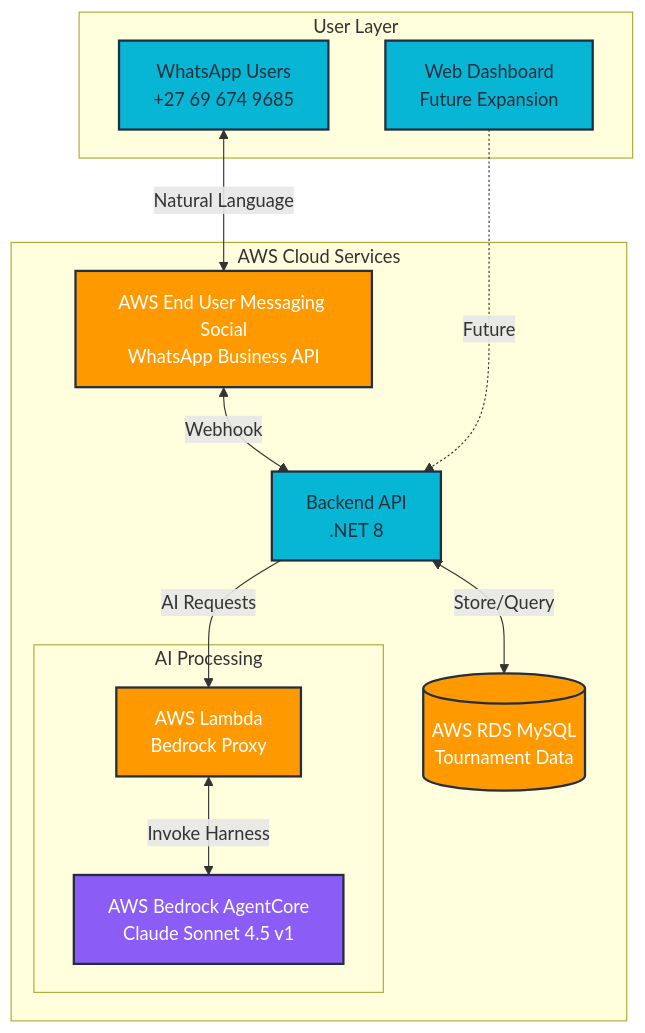
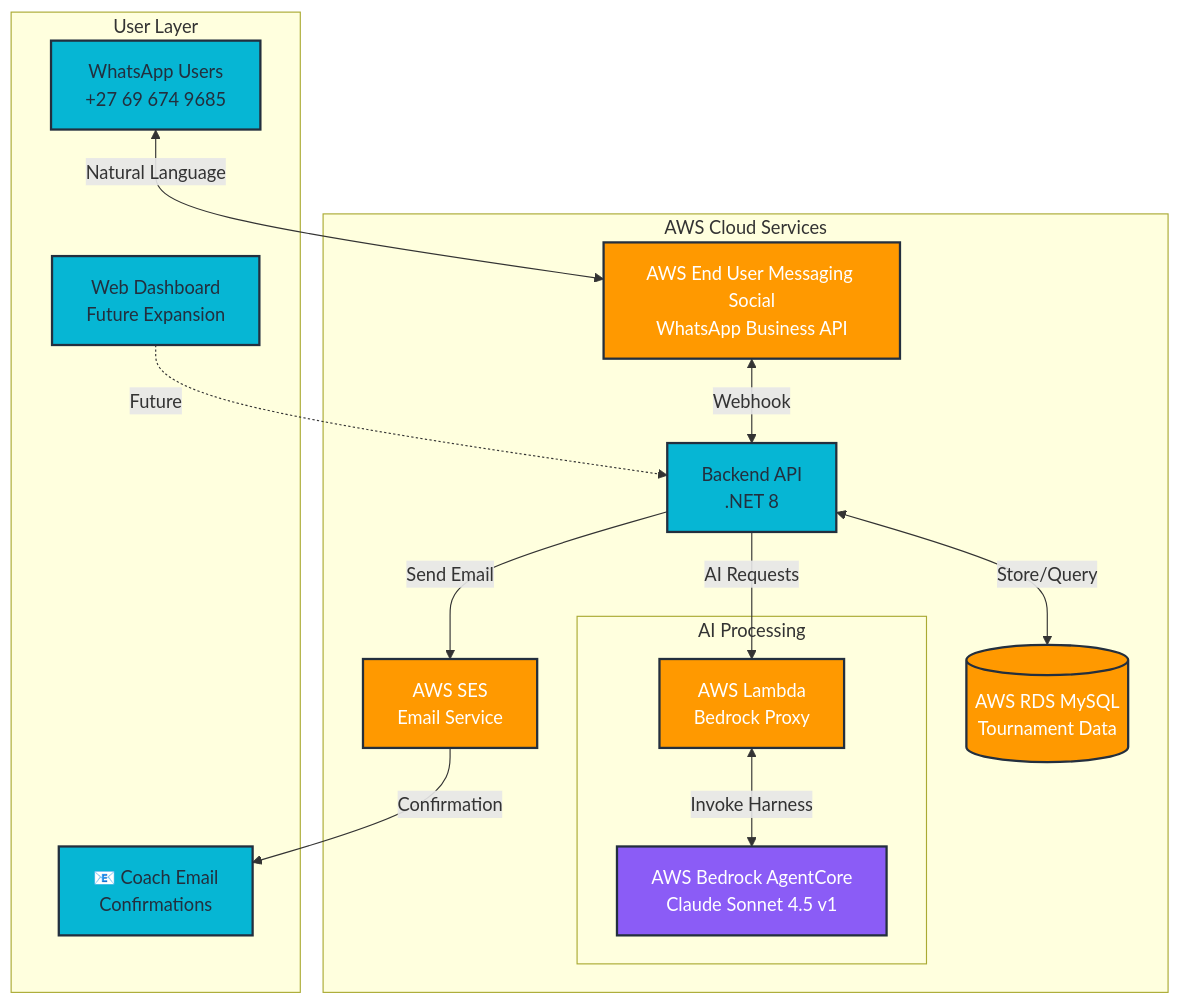
One commit to sportshub-hackerthon/SportHub changed the diagram in PROJECT_DESCRIPTION.md. Above: the diagram before and after it, drawn with Mermaid. The commit also changed other lines of this file, not shown here.

Commit message:
fix: Restore AWS SES - coaches do receive email confirmations after registration

````diff
--- a/PROJECT_DESCRIPTION.md
+++ b/PROJECT_DESCRIPTION.md
@@ -61,36 +61,40 @@
 ```mermaid
 graph TB
     subgraph "User Layer"
         WA[WhatsApp Users<br/>+27 69 674 9685]
+        EMAIL[📧 Coach Email<br/>Confirmations]
         WEB[Web Dashboard<br/>Future Expansion]
     end
 
     subgraph "AWS Cloud Services"
         SOCIAL[AWS End User Messaging Social<br/>WhatsApp Business API]
+        SES[AWS SES<br/>Email Service]
         
         subgraph "AI Processing"
             BEDROCK[AWS Bedrock AgentCore<br/>Claude Sonnet 4.5 v1]
             LAMBDA[AWS Lambda<br/>Bedrock Proxy]
         end
         
         API[Backend API<br/>.NET 8]
         RDS[(AWS RDS MySQL<br/>Tournament Data)]
     end
 
     %% Flow
     WA <-->|Natural Language| SOCIAL
     SOCIAL <-->|Webhook| API
     API -->|AI Requests| LAMBDA
     LAMBDA <-->|Invoke Harness| BEDROCK
     API <-->|Store/Query| RDS
+    API -->|Send Email| SES
+    SES -->|Confirmation| EMAIL
     WEB -.->|Future| API
 
     %% Styling
     classDef aws fill:#FF9900,stroke:#232F3E,stroke-width:2px,color:#fff
     classDef ai fill:#8B5CF6,stroke:#232F3E,stroke-width:2px,color:#fff
     classDef user fill:#06B6D4,stroke:#232F3E,stroke-width:2px,color:#232F3E
     
-    class SOCIAL,LAMBDA,RDS aws
+    class SOCIAL,LAMBDA,RDS,SES aws
     class BEDROCK ai
-    class WA,WEB,API user
+    class WA,WEB,API,EMAIL user
 ```
````
